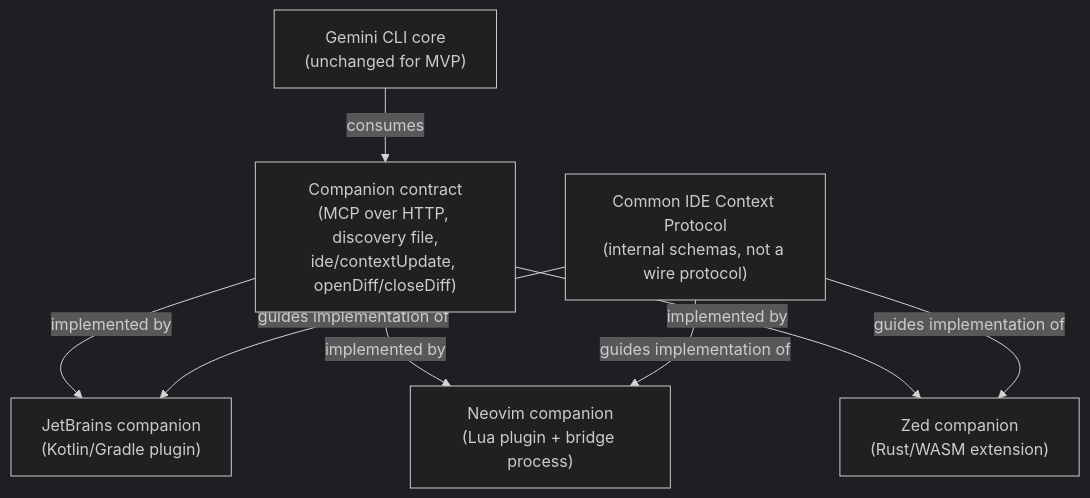
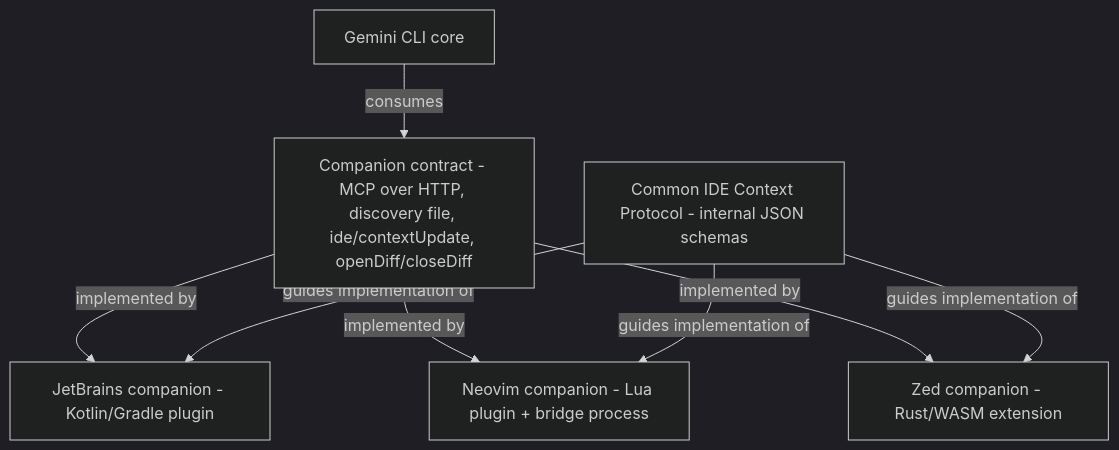
One commit to muddlebee/gemini-cli changed the fourth of 8 diagrams in docs/local/gsoc-proposal-v2.md. Above: the diagram before and after it, drawn with Mermaid (dark theme). The commit also changed other lines of this file and 1 other file, not shown here.

````diff
--- a/docs/local/gsoc-proposal-v2.md
+++ b/docs/local/gsoc-proposal-v2.md
@@ -141,17 +191,17 @@
 ```mermaid
 graph TD
-    A["Gemini CLI core<br/>(unchanged for MVP)"]
-    B["Companion contract<br/>(MCP over HTTP, discovery file,<br/>ide/contextUpdate, openDiff/closeDiff)"]
-    C["Common IDE Context Protocol<br/>(internal schemas, not a wire protocol)"]
-    D["JetBrains companion<br/>(Kotlin/Gradle plugin)"]
-    E["Neovim companion<br/>(Lua plugin + bridge process)"]
-    F["Zed companion<br/>(Rust/WASM extension)"]
+    A[Gemini CLI core]
+    B[Companion contract - MCP over HTTP, discovery file, ide/contextUpdate, openDiff/closeDiff]
+    C[Common IDE Context Protocol - internal JSON schemas]
+    D[JetBrains companion - Kotlin/Gradle plugin]
+    E[Neovim companion - Lua plugin + bridge process]
+    F[Zed companion - Rust/WASM extension]
 
     A -->|consumes| B
     B -->|implemented by| D
     B -->|implemented by| E
     B -->|implemented by| F
     C -->|guides implementation of| D
     C -->|guides implementation of| E
     C -->|guides implementation of| F
 ```
````
